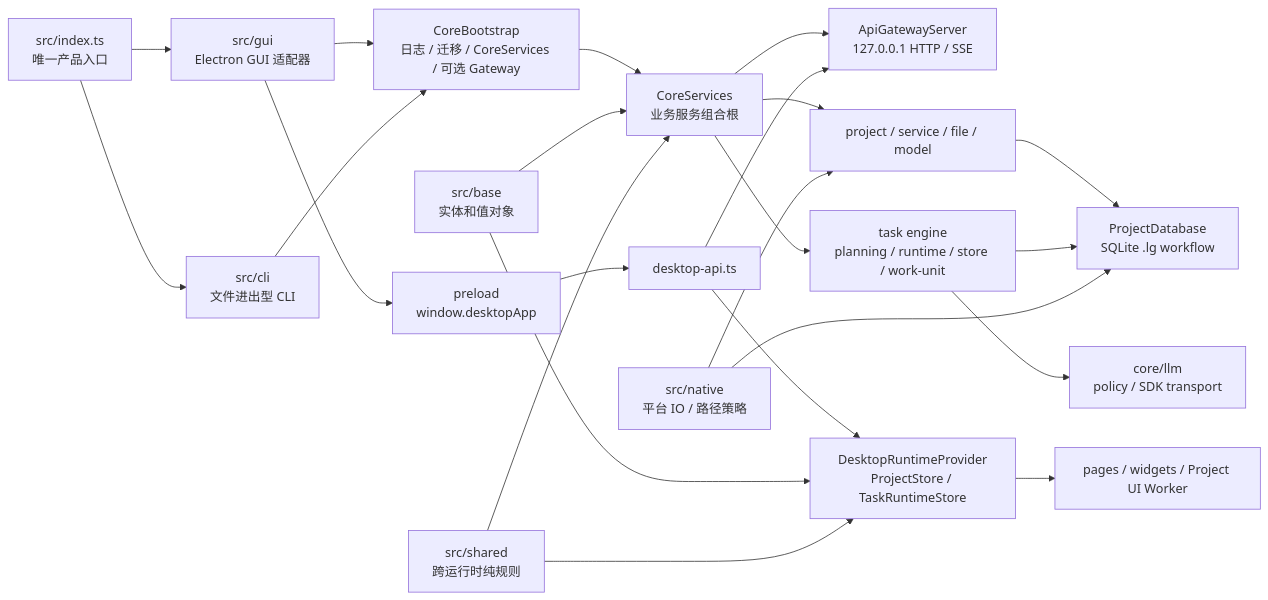
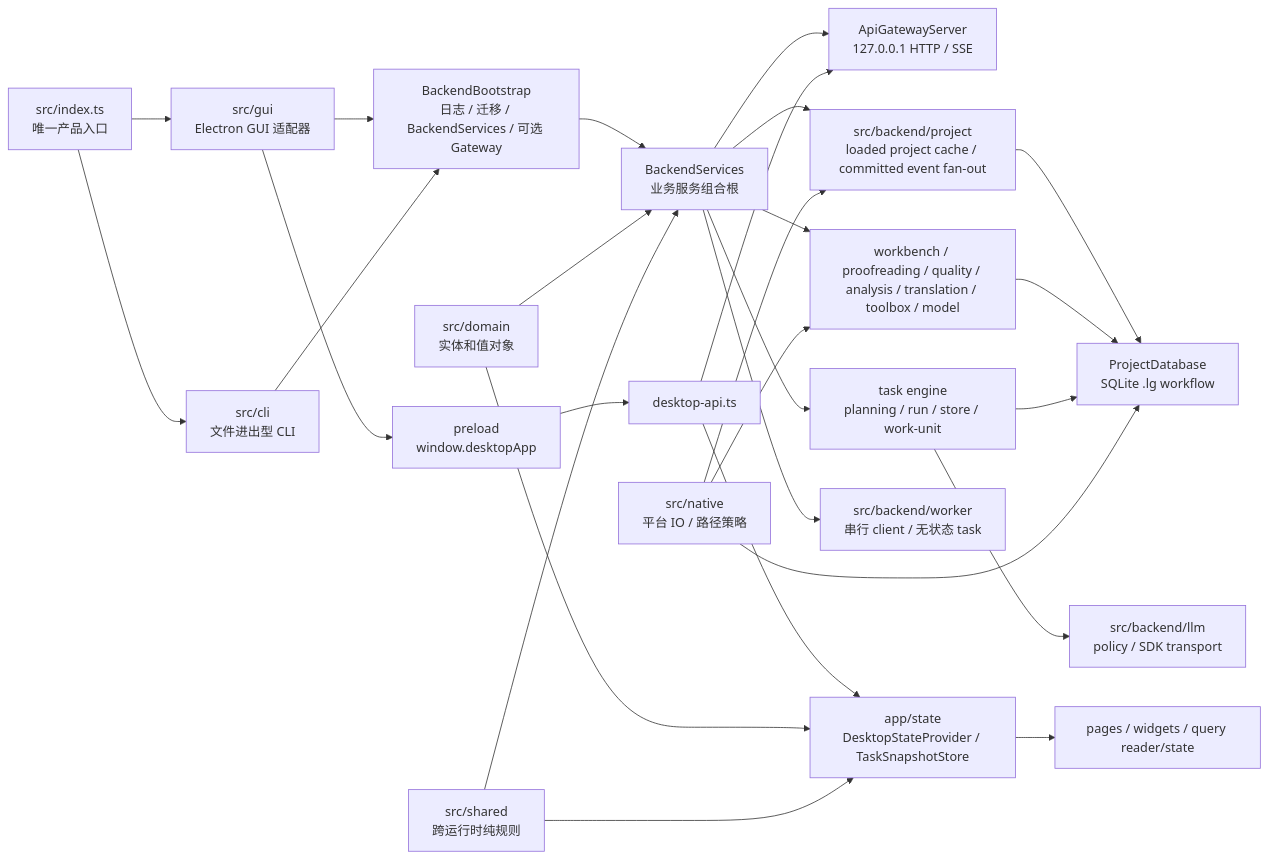
The diagram in docs/ARCHITECTURE.md (neavo/LinguaGacha), drawn with Mermaid before and after one commit. The commit also changed other lines of this file and 1235 other files, not shown here.

````diff
--- a/docs/ARCHITECTURE.md
+++ b/docs/ARCHITECTURE.md
@@ -18,25 +18,29 @@
 ```mermaid
 flowchart LR
   Entry["src/index.ts<br/>唯一产品入口"] --> GUI["src/gui<br/>Electron GUI 适配器"]
   Entry --> CLI["src/cli<br/>文件进出型 CLI"]
-  GUI --> Boot["CoreBootstrap<br/>日志 / 迁移 / CoreServices / 可选 Gateway"]
+  GUI --> Boot["BackendBootstrap<br/>日志 / 迁移 / BackendServices / 可选 Gateway"]
   CLI --> Boot
-  Boot --> Services["CoreServices<br/>业务服务组合根"]
+  Boot --> Services["BackendServices<br/>业务服务组合根"]
   Services --> API["ApiGatewayServer<br/>127.0.0.1 HTTP / SSE"]
   GUI --> Preload["preload<br/>window.desktopApp"]
   Preload --> RendererApi["desktop-api.ts"]
   RendererApi --> API
-  RendererApi --> Runtime["DesktopRuntimeProvider<br/>ProjectStore / TaskRuntimeStore"]
-  Runtime --> Pages["pages / widgets / Project UI Worker"]
-  Services --> Project["project / service / file / model"]
-  Services --> Engine["task engine<br/>planning / runtime / store / work-unit"]
-  Engine --> LLM["core/llm<br/>policy / SDK transport"]
+  RendererApi --> State["app/state<br/>DesktopStateProvider / TaskSnapshotStore"]
+  State --> Pages["pages / widgets / query reader/state"]
+  Services --> Project["src/backend/project<br/>loaded project cache / committed event fan-out"]
+  Services --> Domains["workbench / proofreading / quality / analysis / translation / toolbox / model"]
+  Services --> Worker["src/backend/worker<br/>串行 client / 无状态 task"]
+  Services --> Engine["task engine<br/>planning / run / store / work-unit"]
+  Engine --> LLM["src/backend/llm<br/>policy / SDK transport"]
   Project --> DB["ProjectDatabase<br/>SQLite .lg workflow"]
+  Domains --> DB
   Engine --> DB
-  Base["src/base<br/>实体和值对象"] --> Services
-  Base --> Runtime
+  Domain["src/domain<br/>实体和值对象"] --> Services
+  Domain --> State
   Shared["src/shared<br/>跨运行时纯规则"] --> Services
-  Shared --> Runtime
+  Shared --> State
   Native["src/native<br/>平台 IO / 路径策略"] --> Project
+  Native --> Domains
   Native --> DB
 ```
````
